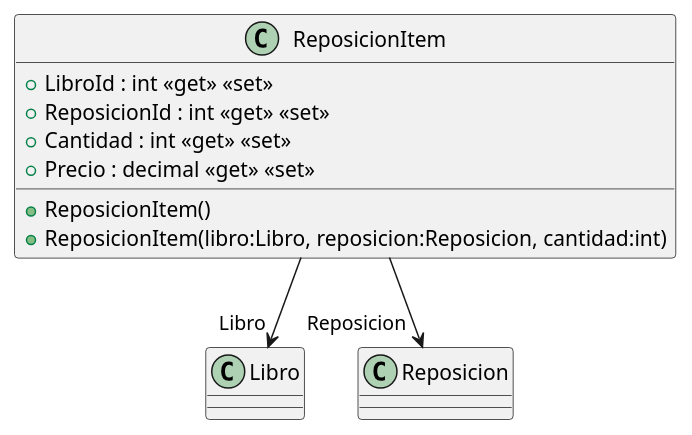
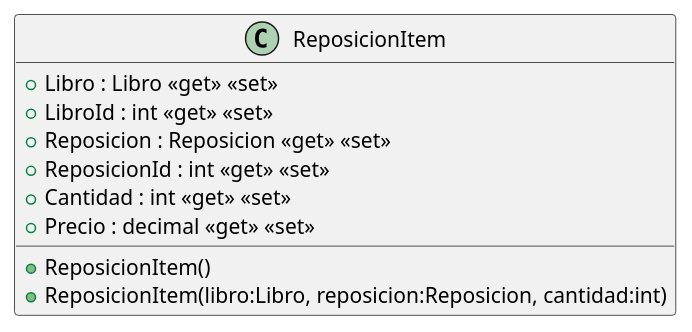
Before and after one commit to ISII2627DDNProject/ISII2627DDNProject: the diagram in src/AppForSEII.API/ClassDiagram/ReposicionItem.puml, drawn with PlantUML. The commit also changed 11 other files, not shown here.

Commit message:
Creación del diagramde de clases del CU2: Reponer libros

```diff
--- a/src/AppForSEII.API/ClassDiagram/ReposicionItem.puml
+++ b/src/AppForSEII.API/ClassDiagram/ReposicionItem.puml
@@ -1,12 +1,12 @@
 @startuml
 class ReposicionItem {
     + ReposicionItem()
     + ReposicionItem(libro:Libro, reposicion:Reposicion, cantidad:int)
+    + Libro : Libro <<get>> <<set>>
     + LibroId : int <<get>> <<set>>
+    + Reposicion : Reposicion <<get>> <<set>>
     + ReposicionId : int <<get>> <<set>>
     + Cantidad : int <<get>> <<set>>
     + Precio : decimal <<get>> <<set>>
 }
-ReposicionItem --> "Libro" Libro
-ReposicionItem --> "Reposicion" Reposicion
 @enduml
```
